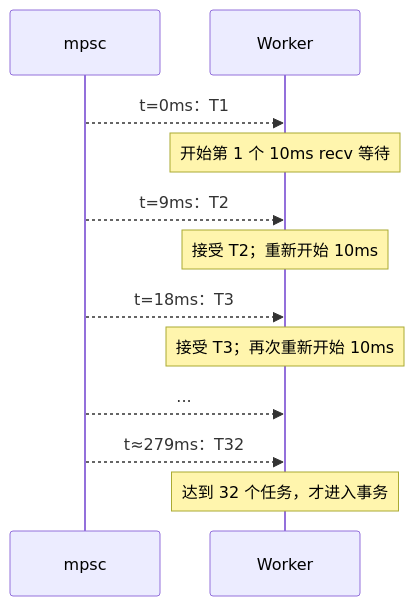
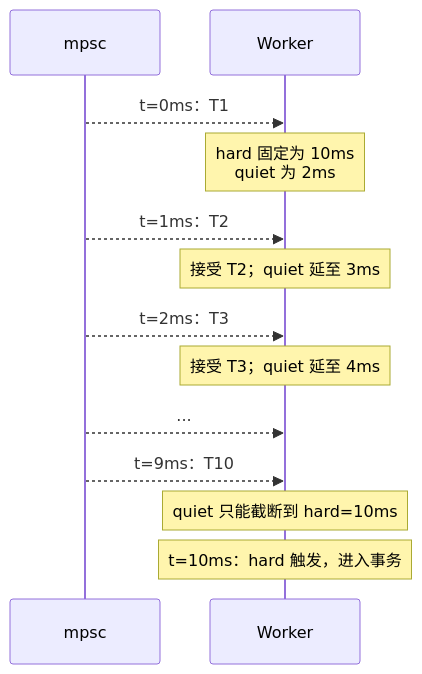
The fourth of 8 diagrams in docs/modules/14_Persistence领域总览.md (MRiecy/VCPMobile), drawn with Mermaid before and after one commit. The commit also changed other lines of this file and 3 other files, not shown here.

````diff
--- a/docs/modules/14_Persistence领域总览.md
+++ b/docs/modules/14_Persistence领域总览.md
@@ -484,15 +484,16 @@
 ```mermaid
 sequenceDiagram
     participant Q as mpsc
     participant W as Worker
 
     Q-->>W: t=0ms：T1
-    Note over W: 开始第 1 个 10ms recv 等待
-    Q-->>W: t=9ms：T2
-    Note over W: 接受 T2；重新开始 10ms
-    Q-->>W: t=18ms：T3
-    Note over W: 接受 T3；再次重新开始 10ms
+    Note over W: hard 固定为 10ms<br/>quiet 为 2ms
+    Q-->>W: t=1ms：T2
+    Note over W: 接受 T2；quiet 延至 3ms
+    Q-->>W: t=2ms：T3
+    Note over W: 接受 T3；quiet 延至 4ms
     Q-->>W: ...
-    Q-->>W: t≈279ms：T32
-    Note over W: 达到 32 个任务，才进入事务
+    Q-->>W: t=9ms：T10
+    Note over W: quiet 只能截断到 hard=10ms
+    Note over W: t=10ms：hard 触发，进入事务
 ```
````
